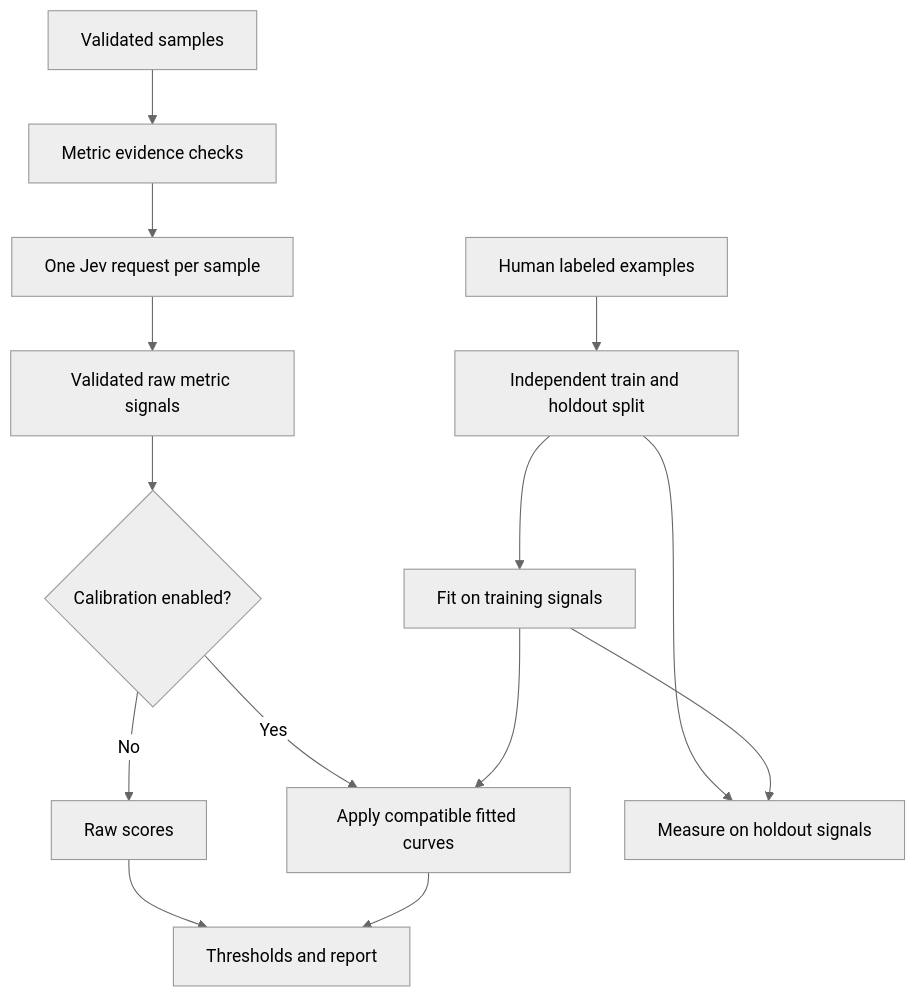
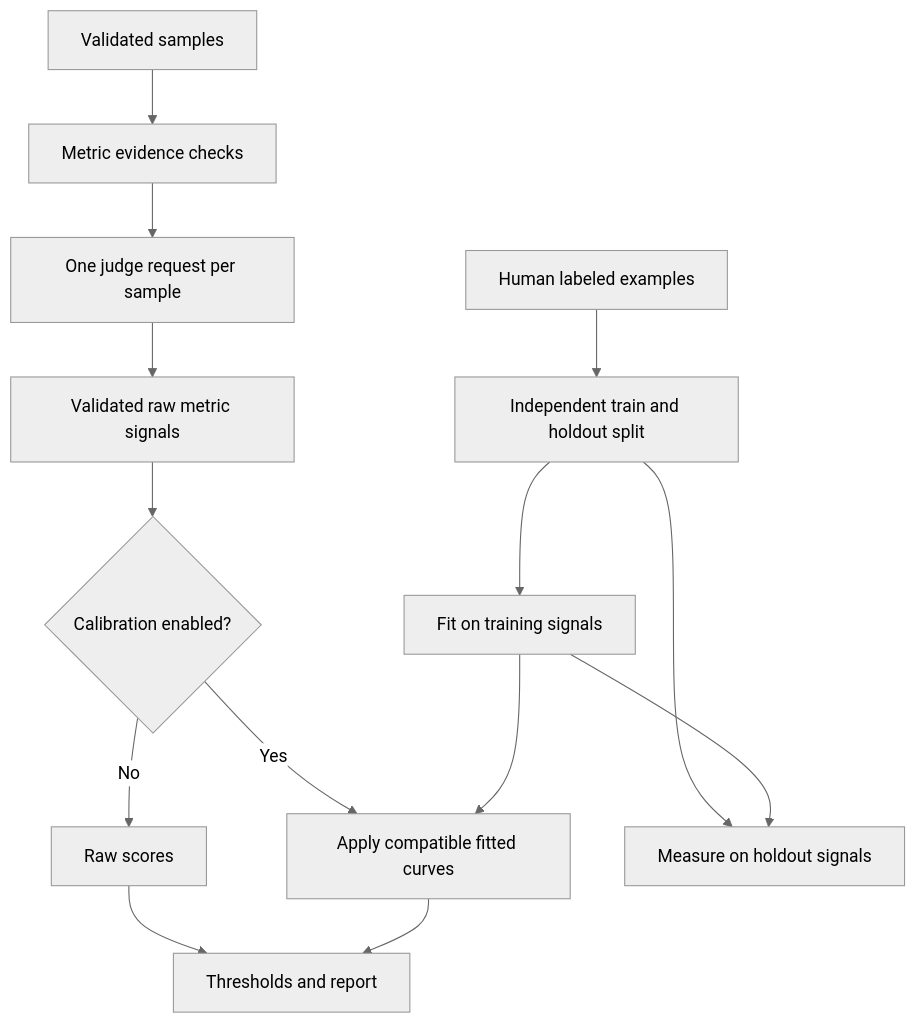
The diagram in docs/ARCHITECTURE.md (TrustifAI/typed_evals), drawn with Mermaid (neutral theme) before and after one commit. The commit also changed other lines of this file and 35 other files, not shown here.

````diff
--- a/docs/ARCHITECTURE.md
+++ b/docs/ARCHITECTURE.md
@@ -6,16 +6,16 @@
 ```mermaid
 flowchart TD
     A[Validated samples] --> B[Metric evidence checks]
-    B --> C[One Jev request per sample]
+    B --> C[One judge request per sample]
     C --> D[Validated raw metric signals]
     D --> E{Calibration enabled?}
     E -->|No| F[Raw scores]
     E -->|Yes| G[Apply compatible fitted curves]
     F --> H[Thresholds and report]
     G --> H
     L[Human labeled examples] --> S[Independent train and holdout split]
     S --> T[Fit on training signals]
     S --> V[Measure on holdout signals]
     T --> V
     T --> G
 ```
````
